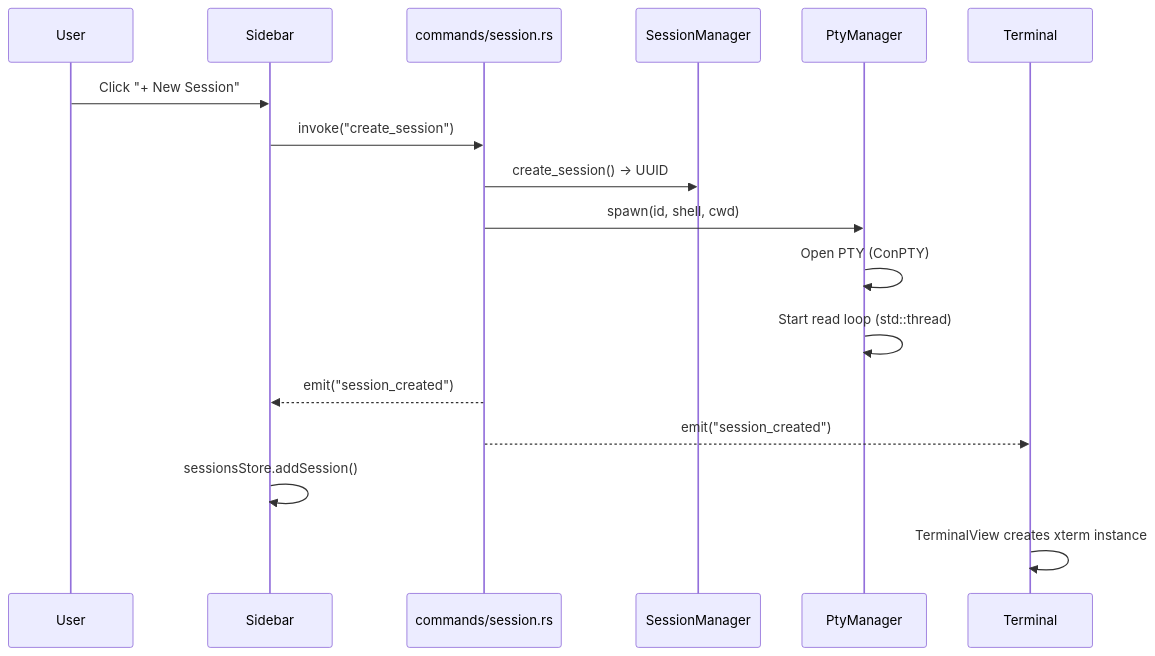
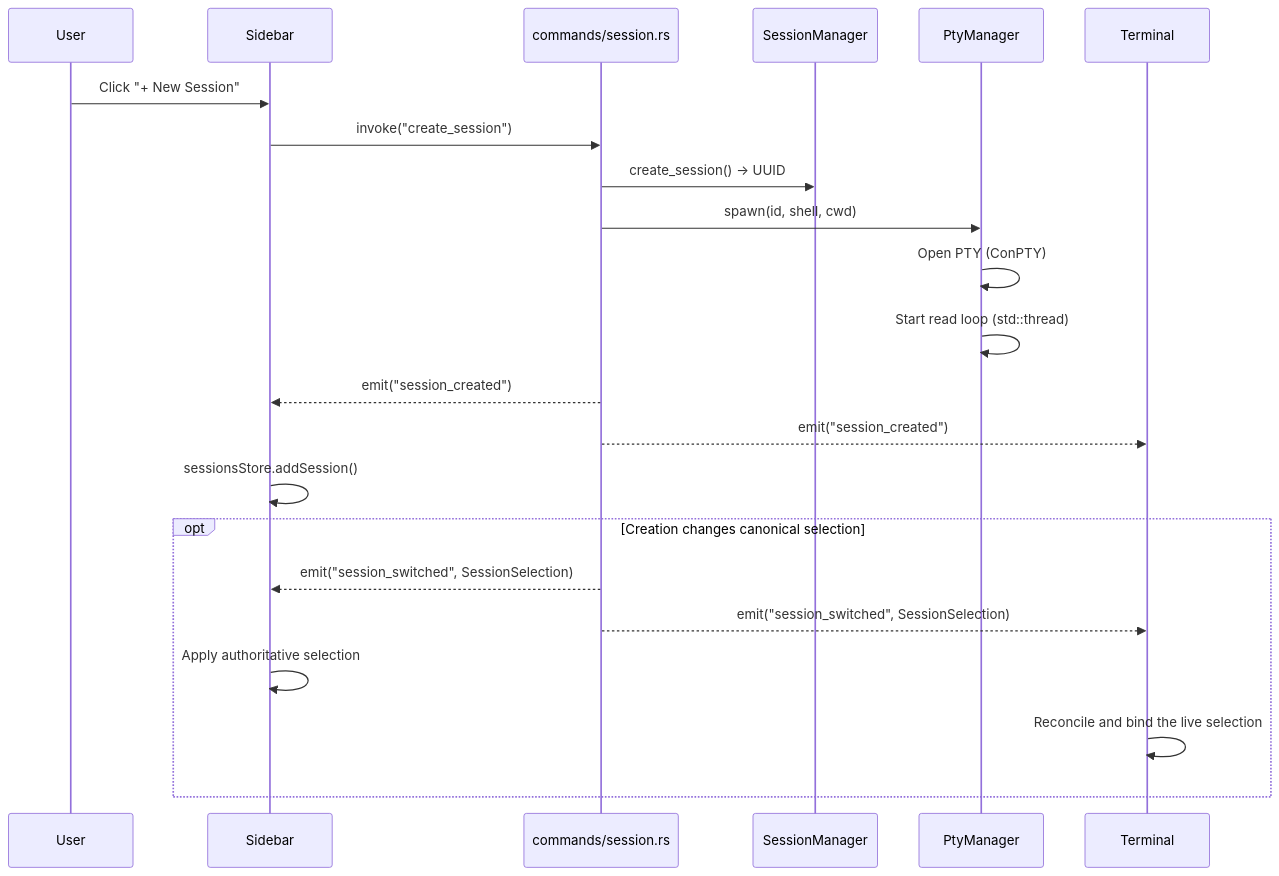
One commit to mblua/AgentsCommander changed the eighth of 15 diagrams in docs/reference/architecture.md. Above: the diagram before and after it, drawn with Mermaid. The commit also changed other lines of this file and 1 other file, not shown here.

Commit message:
docs(session): document authoritative selection for #1027

````diff
--- a/docs/reference/architecture.md
+++ b/docs/reference/architecture.md
@@ -350,20 +452,25 @@
 ```mermaid
 sequenceDiagram
     participant U as User
     participant SB as Sidebar
     participant CMD as commands/session.rs
     participant SM as SessionManager
     participant PM as PtyManager
     participant TM as Terminal
 
     U->>SB: Click "+ New Session"
     SB->>CMD: invoke("create_session")
     CMD->>SM: create_session() → UUID
     CMD->>PM: spawn(id, shell, cwd)
     PM->>PM: Open PTY (ConPTY)
     PM->>PM: Start read loop (std::thread)
     CMD-->>SB: emit("session_created")
     CMD-->>TM: emit("session_created")
     SB->>SB: sessionsStore.addSession()
-    TM->>TM: TerminalView creates xterm instance
+    opt Creation changes canonical selection
+        CMD-->>SB: emit("session_switched", SessionSelection)
+        CMD-->>TM: emit("session_switched", SessionSelection)
+        SB->>SB: Apply authoritative selection
+        TM->>TM: Reconcile and bind the live selection
+    end
 ```
````
